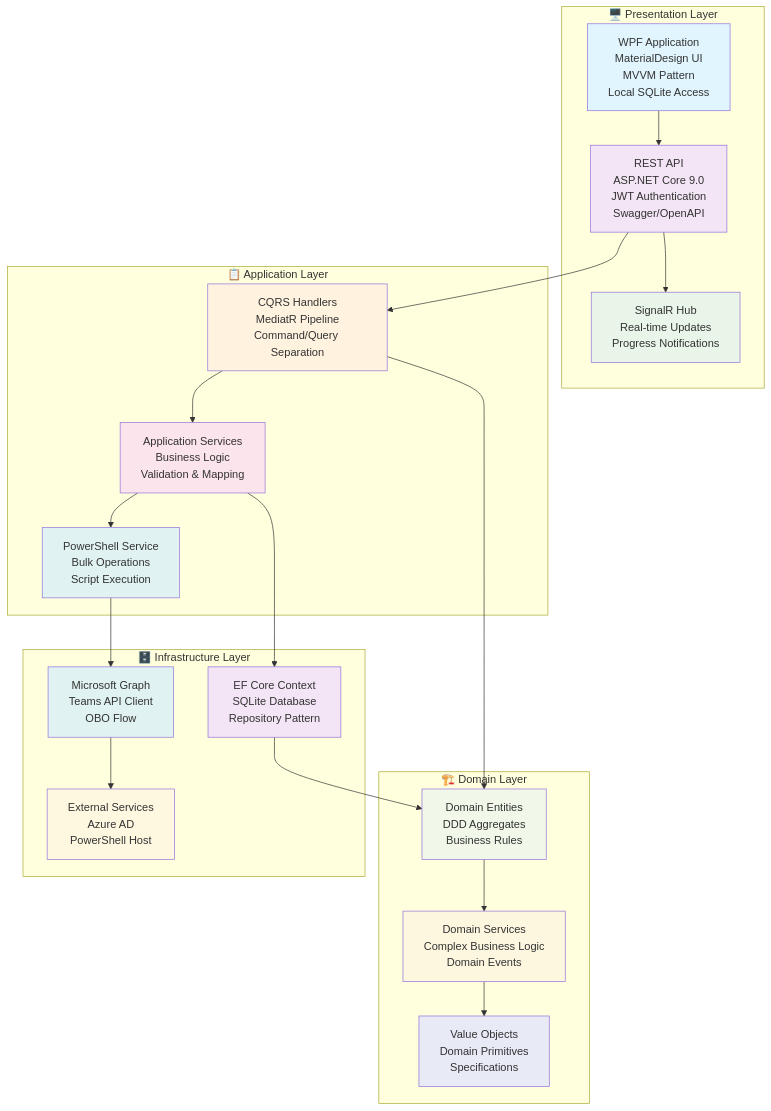
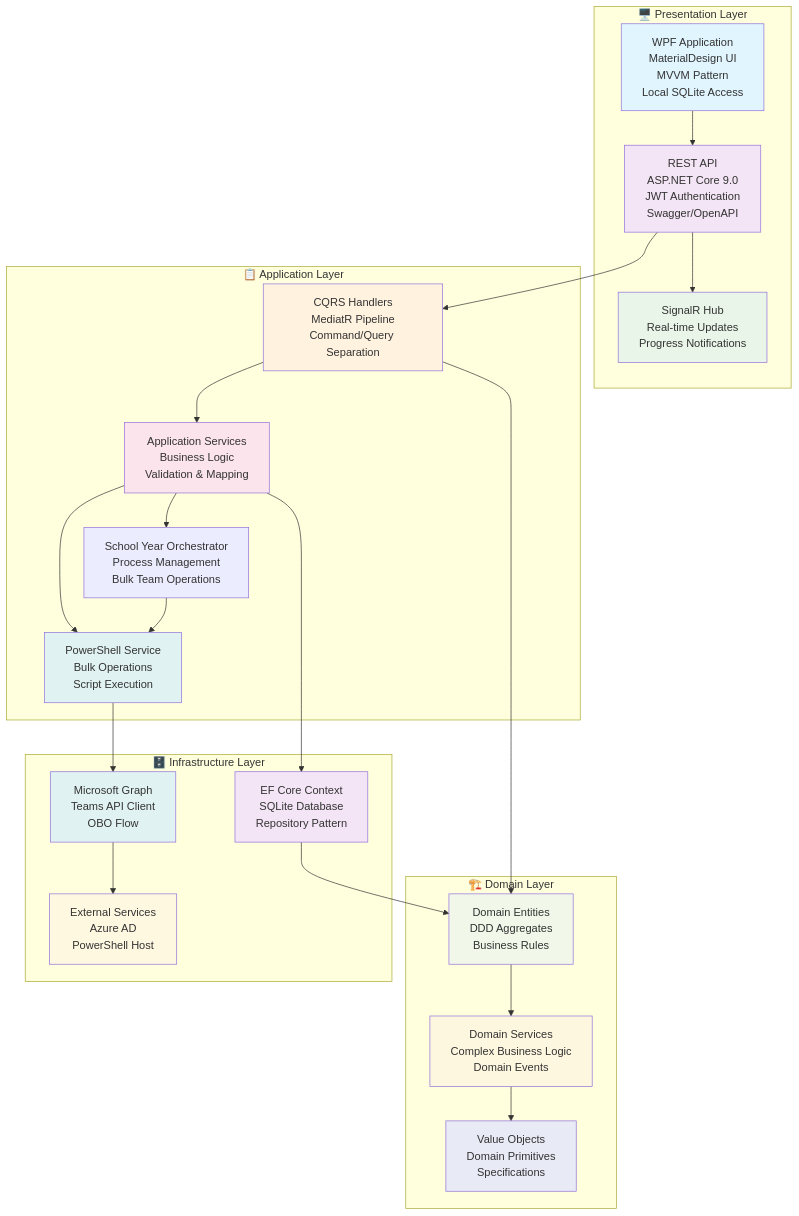
The diagram in docs/schematy/architektura.md (JaegerMajster/TeamsManager), drawn with Mermaid before and after one commit. The commit also changed other lines of this file and 20 other files, not shown here.

````diff
--- a/docs/schematy/architektura.md
+++ b/docs/schematy/architektura.md
@@ -5,52 +5,55 @@
 ```mermaid
 graph TD
     subgraph "🖥️ Presentation Layer"
         A["WPF Application<br/>MaterialDesign UI<br/>MVVM Pattern<br/>Local SQLite Access"]
         B["REST API<br/>ASP.NET Core 9.0<br/>JWT Authentication<br/>Swagger/OpenAPI"]
         C["SignalR Hub<br/>Real-time Updates<br/>Progress Notifications"]
     end
     
     subgraph "📋 Application Layer"
         D["CQRS Handlers<br/>MediatR Pipeline<br/>Command/Query Separation"]
         E["Application Services<br/>Business Logic<br/>Validation & Mapping"]
         F["PowerShell Service<br/>Bulk Operations<br/>Script Execution"]
+        G1["School Year Orchestrator<br/>Process Management<br/>Bulk Team Operations"]
     end
     
     subgraph "🏗️ Domain Layer"
         G["Domain Entities<br/>DDD Aggregates<br/>Business Rules"]
         H["Domain Services<br/>Complex Business Logic<br/>Domain Events"]
         I["Value Objects<br/>Domain Primitives<br/>Specifications"]
     end
     
     subgraph "🗄️ Infrastructure Layer"
         J["EF Core Context<br/>SQLite Database<br/>Repository Pattern"]
         K["Microsoft Graph<br/>Teams API Client<br/>OBO Flow"]
         L["External Services<br/>Azure AD<br/>PowerShell Host"]
     end
     
     A --> B
     B --> C
     B --> D
     D --> E
     E --> F
+    E --> G1
+    G1 --> F
     D --> G
     G --> H
     H --> I
     E --> J
     F --> K
     K --> L
     J --> G
     
     style A fill:#e1f5fe
     style B fill:#f3e5f5
     style C fill:#e8f5e8
     style D fill:#fff3e0
     style E fill:#fce4ec
     style F fill:#e0f2f1
     style G fill:#f1f8e9
     style H fill:#fef7e0
     style I fill:#e8eaf6
     style J fill:#f3e5f5
     style K fill:#e0f2f1
     style L fill:#fff8e1
 ```
````
